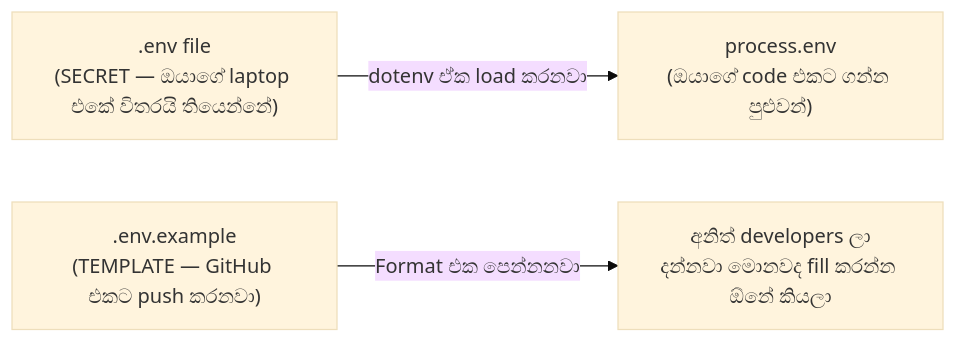
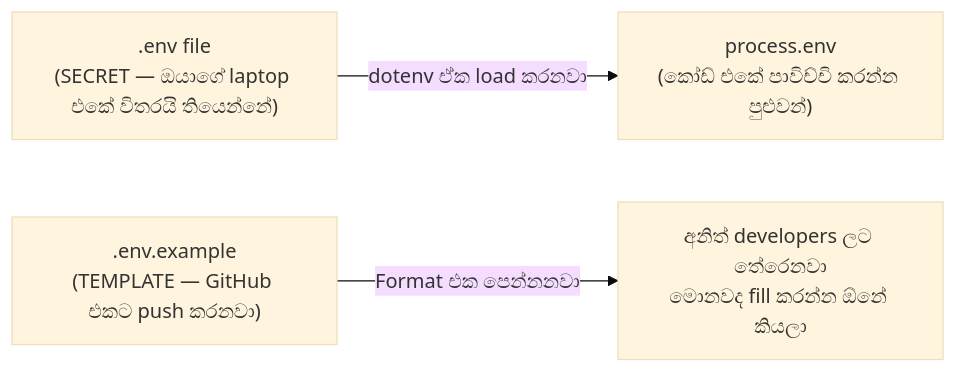
The eighth of 33 diagrams in backend/sinhala-translation-document/README.md (Nimsika-Bosilu/designHer_2.0-Student-Attendance-Management-System), drawn with Mermaid (base theme) before and after one commit. The commit also changed other lines of this file and 28 other files, not shown here.

````diff
--- a/backend/sinhala-translation-document/README.md
+++ b/backend/sinhala-translation-document/README.md
@@ -226,5 +356,5 @@
 ```mermaid
 flowchart LR
-    A[".env file\n(SECRET — ඔයාගේ laptop එකේ විතරයි තියෙන්නේ)"] -->|"dotenv ඒක load කරනවා"| B["process.env\n(ඔයාගේ code එකට ගන්න පුළුවන්)"]
-    C[".env.example\n(TEMPLATE — GitHub එකට push කරනවා)"] -->|"Format එක පෙන්නනවා"| D["අනිත් developers ලා\nදන්නවා මොනවද fill කරන්න ඕනේ කියලා"]
+    A[".env file\n(SECRET — ඔයාගේ laptop එකේ විතරයි තියෙන්නේ)"] -->|"dotenv ඒක load කරනවා"| B["process.env\n(කෝඩ් එකේ පාවිච්චි කරන්න පුළුවන්)"]
+    C[".env.example\n(TEMPLATE — GitHub එකට push කරනවා)"] -->|"Format එක පෙන්නනවා"| D["අනිත් developers ලට තේරෙනවා\nමොනවද fill කරන්න ඕනේ කියලා"]
 ```
````
